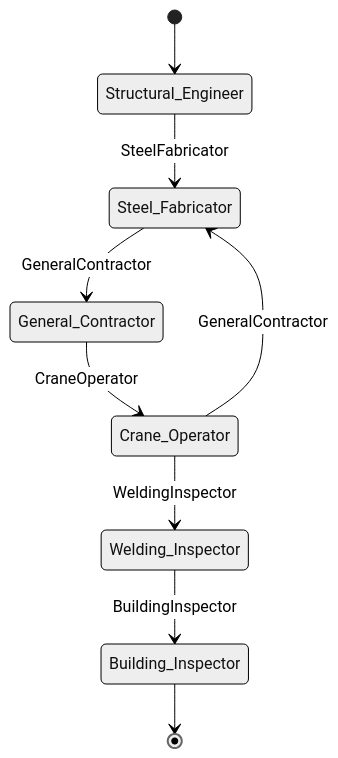
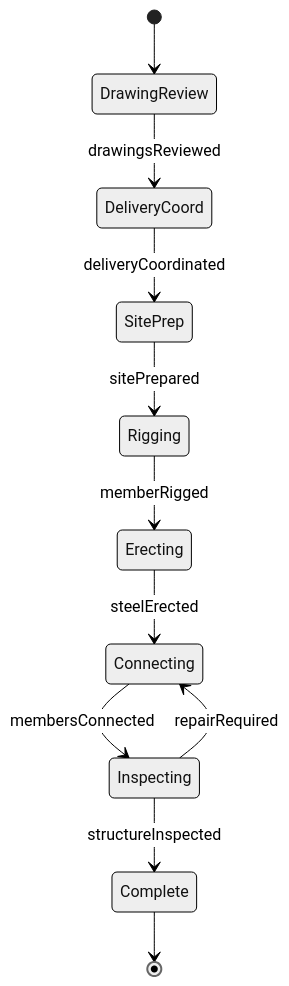
The second of 4 diagrams in HandlingAndMovingObjects/BuildStructures/InstallMetalStructuralComponents.mdx (dot-org-ai/tasks.org.ai), drawn with Mermaid (neutral theme) before and after one commit. The commit also changed other lines of this file and 515 other files, not shown here.

````diff
--- a/HandlingAndMovingObjects/BuildStructures/InstallMetalStructuralComponents.mdx
+++ b/HandlingAndMovingObjects/BuildStructures/InstallMetalStructuralComponents.mdx
@@ -101,11 +99,13 @@
 ```mermaid
 stateDiagram-v2
-    [*] --> Structural_Engineer
-    Structural_Engineer --> Steel_Fabricator: SteelFabricator
-    Steel_Fabricator --> General_Contractor: GeneralContractor
-    General_Contractor --> Crane_Operator: CraneOperator
-    Crane_Operator --> Welding_Inspector: WeldingInspector
-    Welding_Inspector --> Building_Inspector: BuildingInspector
-    Crane_Operator --> Steel_Fabricator: GeneralContractor
-    Building_Inspector --> [*]
+    [*] --> DrawingReview
+    DrawingReview --> DeliveryCoord : drawingsReviewed
+    DeliveryCoord --> SitePrep : deliveryCoordinated
+    SitePrep --> Rigging : sitePrepared
+    Rigging --> Erecting : memberRigged
+    Erecting --> Connecting : steelErected
+    Connecting --> Inspecting : membersConnected
+    Inspecting --> Complete : structureInspected
+    Inspecting --> Connecting : repairRequired
+    Complete --> [*]
 ```
````
